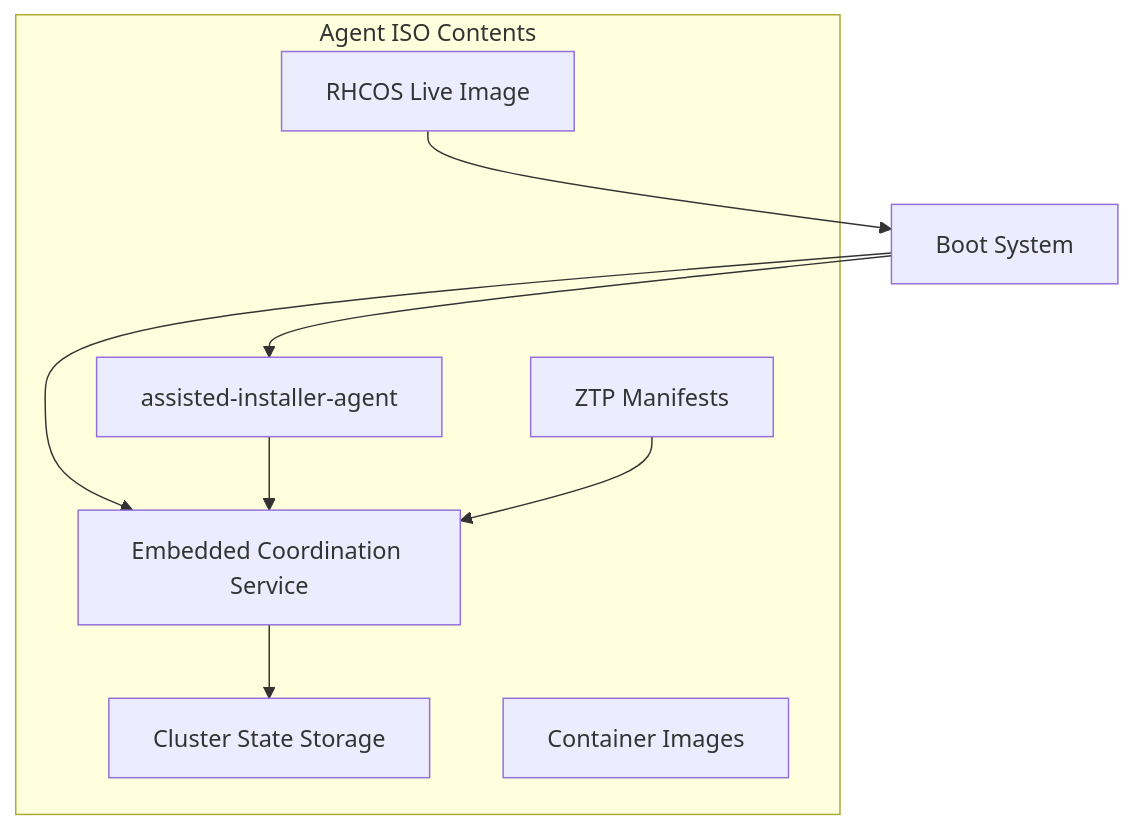
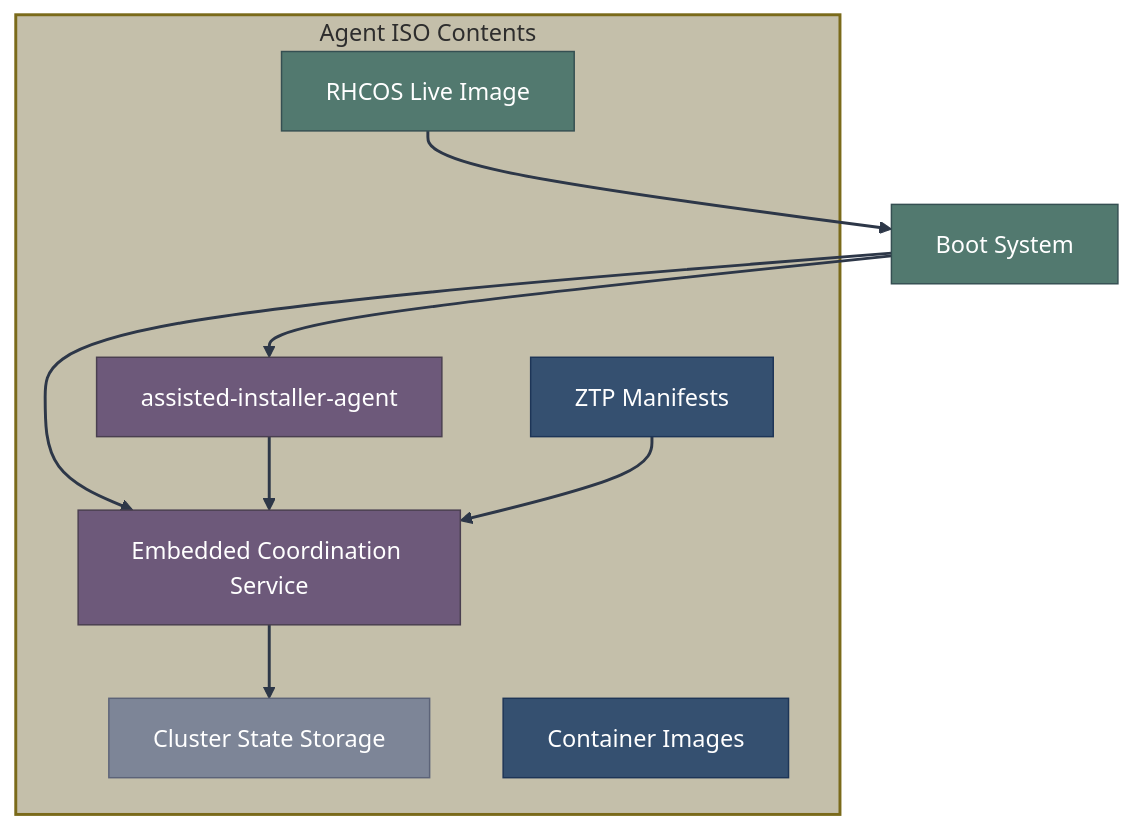
One commit to zszabo-rh/openshift-install-guide changed the third of 4 diagrams in 03-assisted-installation/abi.md. Above: the diagram before and after it, drawn with Mermaid. The commit also changed other lines of this file and 16 other files, not shown here.

Commit message:
improved diagram style

````diff
--- a/03-assisted-installation/abi.md
+++ b/03-assisted-installation/abi.md
@@ -211,18 +235,30 @@
 ```mermaid
 graph TB
-    subgraph "Agent ISO Contents"
+    subgraph contents["Agent ISO Contents"]
         RHCOS[RHCOS Live Image]
         AGENT[assisted-installer-agent]
         SERVICE[Embedded Coordination Service]
         STATE[Cluster State Storage]
         IMAGES[Container Images]
         CONFIG[ZTP Manifests]
     end
     
     RHCOS --> BOOT[Boot System]
     BOOT --> AGENT
     BOOT --> SERVICE
     SERVICE --> STATE
     AGENT --> SERVICE
     CONFIG --> SERVICE
+    
+    style RHCOS fill:#52796f,stroke:#354f52,color:#fff
+    style AGENT fill:#6d597a,stroke:#4a3f50,color:#fff
+    style SERVICE fill:#6d597a,stroke:#4a3f50,color:#fff
+    style STATE fill:#7d8597,stroke:#5c6378,color:#fff
+    style IMAGES fill:#355070,stroke:#1d3557,color:#fff
+    style CONFIG fill:#355070,stroke:#1d3557,color:#fff
+    style BOOT fill:#52796f,stroke:#354f52,color:#fff
+    
+    style contents fill:#c4bfaa,stroke:#7a6a1a,stroke-width:2px,color:#2d2d2d
+    
+    linkStyle default stroke:#2d3748,stroke-width:2px
 ```
````
